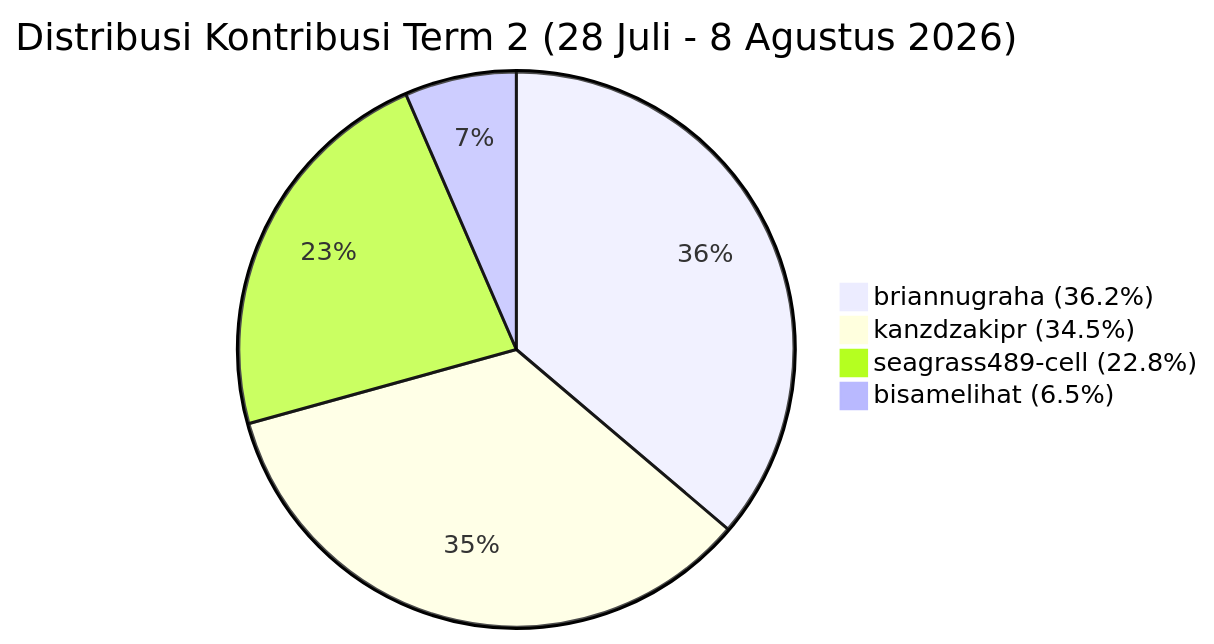
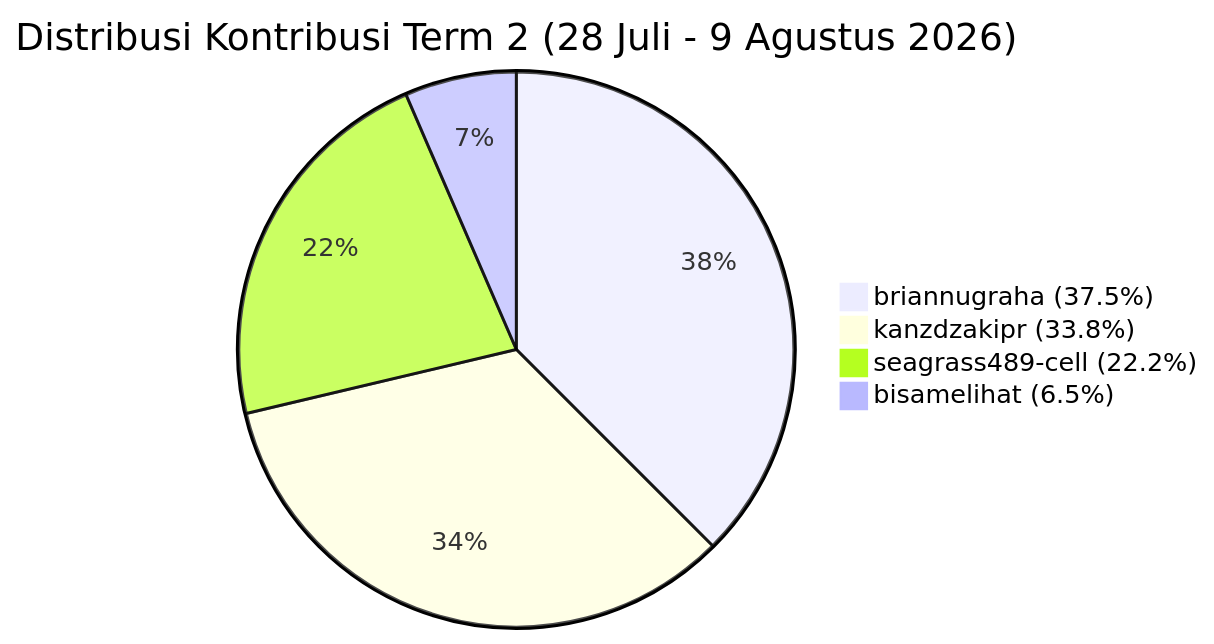
The third of 3 diagrams in KONTRIBUSI_TIM.md (kanzdzakipr/ServicePlan-BRA), drawn with Mermaid before and after one commit. The commit also changed other lines of this file, not shown here.

Commit message:
update kontribusi tim per 9 agustus

````diff
--- a/KONTRIBUSI_TIM.md
+++ b/KONTRIBUSI_TIM.md
@@ -76,7 +76,7 @@
 ```mermaid
-pie title Distribusi Kontribusi Term 2 (28 Juli - 8 Agustus 2026)
-    "briannugraha (36.2%)" : 36.2
-    "kanzdzakipr (34.5%)" : 34.5
-    "seagrass489-cell (22.8%)" : 22.8
+pie title Distribusi Kontribusi Term 2 (28 Juli - 9 Agustus 2026)
+    "briannugraha (37.5%)" : 37.5
+    "kanzdzakipr (33.8%)" : 33.8
+    "seagrass489-cell (22.2%)" : 22.2
     "bisamelihat (6.5%)" : 6.5
 ```
````
